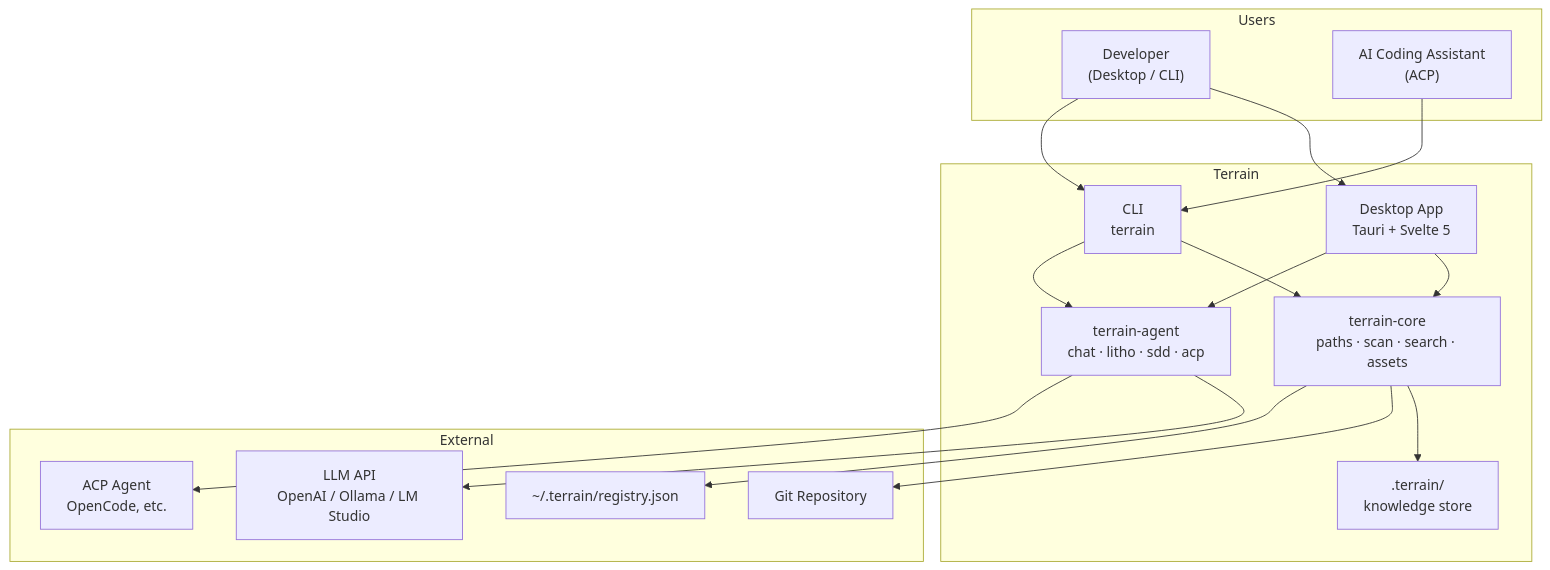
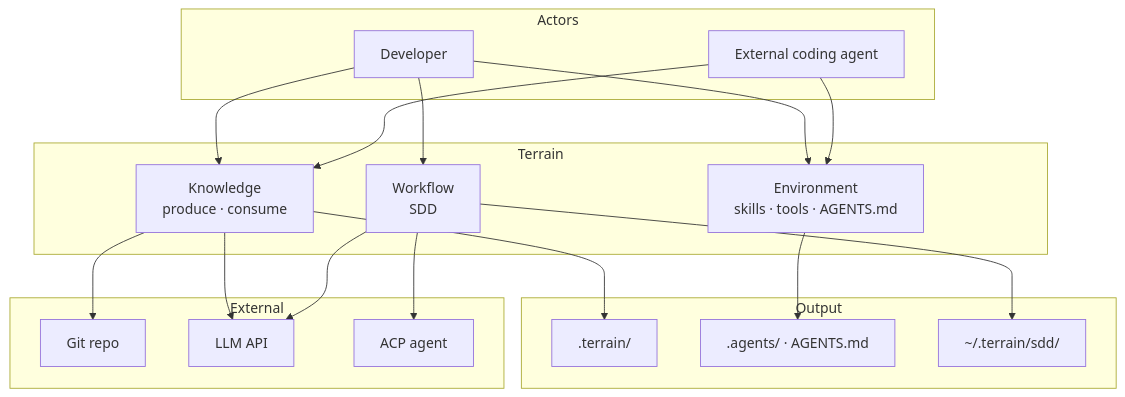
The first of 2 diagrams in README.md (sopaco/terrain), drawn with Mermaid before and after one commit. The commit also changed other lines of this file, not shown here.

````diff
--- a/README.md
+++ b/README.md
@@ -129,35 +143,38 @@
 ```mermaid
 graph TB
-    subgraph Users
-        Dev["Developer<br/>(Desktop / CLI)"]
-        Agent["AI Coding Assistant<br/>(ACP)"]
+    subgraph Actors
+        Dev[Developer]
+        ExtAgent[External coding agent]
     end
 
-    subgraph Terrain
-        UI["Desktop App<br/>Tauri + Svelte 5"]
-        CLI["CLI<br/>terrain"]
-        Core["terrain-core<br/>paths · scan · search · assets"]
-        AgentLayer["terrain-agent<br/>chat · litho · sdd · acp"]
-        KB[".terrain/<br/>knowledge store"]
+    subgraph Terrain["Terrain"]
+        K["Knowledge<br/>produce · consume"]
+        E["Environment<br/>skills · tools · AGENTS.md"]
+        W["Workflow<br/>SDD"]
+    end
+
+    subgraph Output
+        DotTerrain[".terrain/"]
+        EnvDot[".agents/ · AGENTS.md"]
+        SddDir["~/.terrain/sdd/"]
     end
 
     subgraph External
-        LLM["LLM API<br/>OpenAI / Ollama / LM Studio"]
-        Git["Git Repository"]
-        Reg["~/.terrain/registry.json"]
-        ACP["ACP Agent<br/>OpenCode, etc."]
+        Git[Git repo]
+        LLM[LLM API]
+        ACP[ACP agent]
     end
 
-    Dev --> UI
-    Dev --> CLI
-    Agent --> CLI
-    UI --> Core
-    UI --> AgentLayer
-    CLI --> Core
-    CLI --> AgentLayer
-    AgentLayer --> LLM
-    AgentLayer --> ACP
-    Core --> KB
-    Core --> Git
-    Core --> Reg
+    Dev --> K
+    Dev --> E
+    Dev --> W
+    ExtAgent --> K
+    ExtAgent --> E
+    K --> DotTerrain
+    E --> EnvDot
+    W --> SddDir
+    K --> Git
+    K --> LLM
+    W --> ACP
+    W --> LLM
 ```
````
